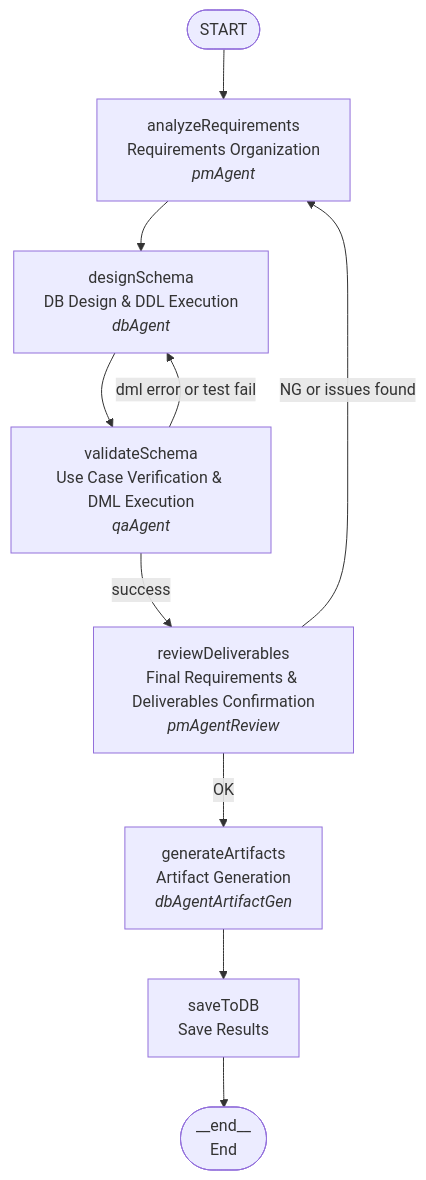
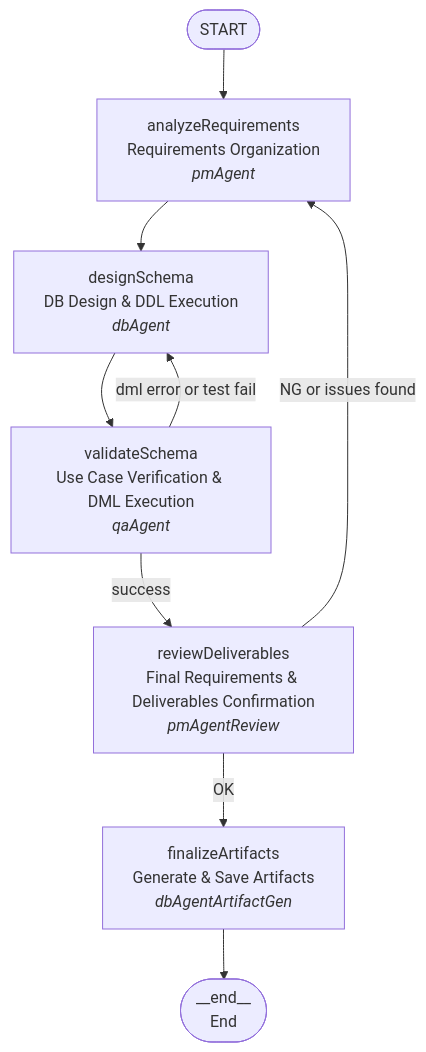
The diagram in frontend/internal-packages/agent/src/chat/workflow/README.md (yzkee/liam), drawn with Mermaid before and after one commit. The commit also changed other lines of this file, not shown here.

Commit message:
docs: merge generateArtifacts and saveToDB into finalizeArtifacts node

````diff
--- a/frontend/internal-packages/agent/src/chat/workflow/README.md
+++ b/frontend/internal-packages/agent/src/chat/workflow/README.md
@@ -7,22 +7,20 @@
 ```mermaid
 flowchart TD
     START([START])
     ANALYZE[analyzeRequirements<br/>Requirements Organization<br/><i>pmAgent</i>]
     DESIGN[designSchema<br/>DB Design & DDL Execution<br/><i>dbAgent</i>]
     VALIDATE[validateSchema<br/>Use Case Verification & DML Execution<br/><i>qaAgent</i>]
     REVIEW[reviewDeliverables<br/>Final Requirements & Deliverables Confirmation<br/><i>pmAgentReview</i>]
-    GENERATE[generateArtifacts<br/>Artifact Generation<br/><i>dbAgentArtifactGen</i>]
-    SAVE[saveToDB<br/>Save Results]
+    FINALIZE[finalizeArtifacts<br/>Generate & Save Artifacts<br/><i>dbAgentArtifactGen</i>]
     END([__end__<br/>End])
 
     START --> ANALYZE
     ANALYZE --> DESIGN
     DESIGN --> VALIDATE
     VALIDATE -->|success| REVIEW
     VALIDATE -->|dml error or test fail| DESIGN
-    REVIEW -->|OK| GENERATE
+    REVIEW -->|OK| FINALIZE
     REVIEW -->|NG or issues found| ANALYZE
-    GENERATE --> SAVE
-    SAVE --> END
+    FINALIZE --> END
 
 ```
````
